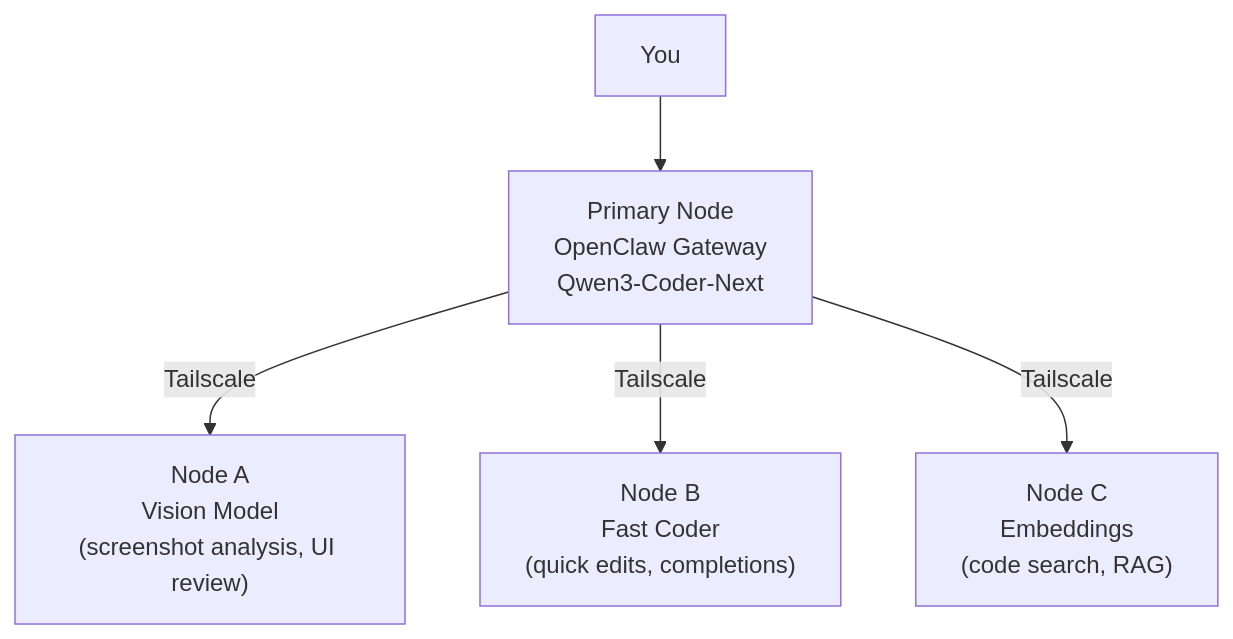
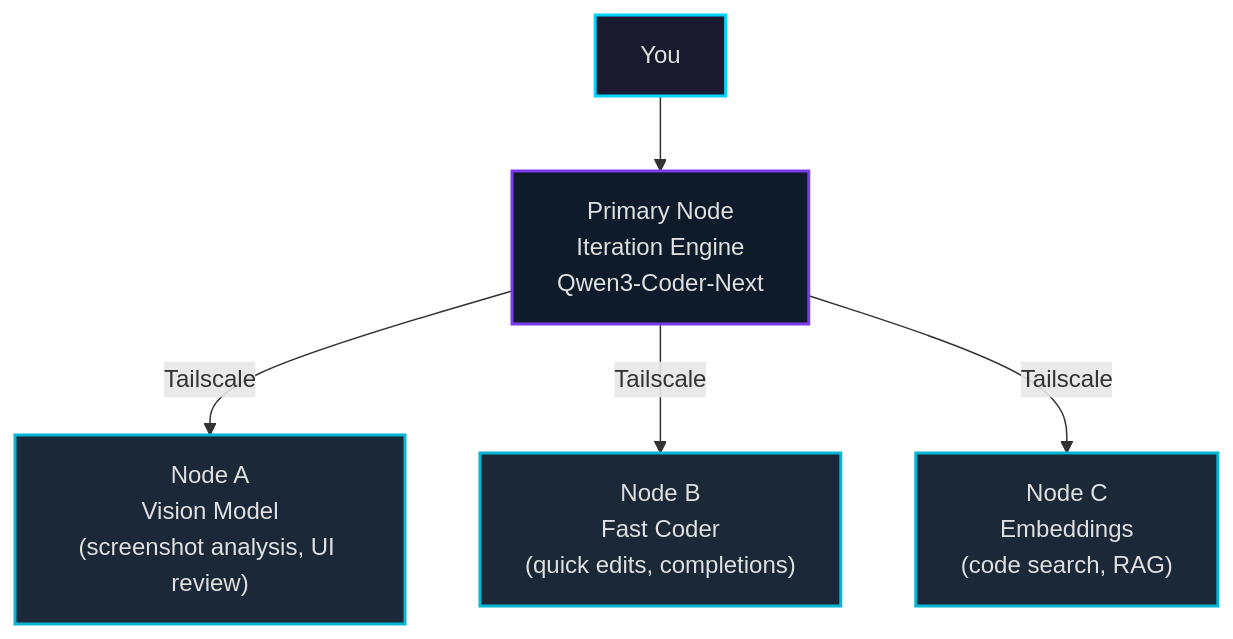
One commit to mvalancy/tritium-coder changed the first of 2 diagrams in docs/mesh.md. Above: the diagram before and after it, drawn with Mermaid. The commit also changed other lines of this file and 16 other files, not shown here.

First line of the commit message:
Remove OpenClaw dependency, go fully independent

````diff
--- a/docs/mesh.md
+++ b/docs/mesh.md
@@ -9,8 +9,14 @@
 ```mermaid
 flowchart TB
-    User["You"] --> GW["Primary Node\nOpenClaw Gateway\nQwen3-Coder-Next"]
+    User["You"] --> Primary["Primary Node<br/>Iteration Engine<br/>Qwen3-Coder-Next"]
 
-    GW -->|Tailscale| NA["Node A\nVision Model\n(screenshot analysis, UI review)"]
-    GW -->|Tailscale| NB["Node B\nFast Coder\n(quick edits, completions)"]
-    GW -->|Tailscale| NC["Node C\nEmbeddings\n(code search, RAG)"]
+    Primary -->|Tailscale| NA["Node A<br/>Vision Model<br/>(screenshot analysis, UI review)"]
+    Primary -->|Tailscale| NB["Node B<br/>Fast Coder<br/>(quick edits, completions)"]
+    Primary -->|Tailscale| NC["Node C<br/>Embeddings<br/>(code search, RAG)"]
+
+    style User fill:#1a1a2e,stroke:#00d4ff,color:#e0e0e0,stroke-width:2px
+    style Primary fill:#0d1b2a,stroke:#7c3aed,color:#e0e0e0,stroke-width:2px
+    style NA fill:#1b2838,stroke:#06b6d4,color:#e0e0e0,stroke-width:2px
+    style NB fill:#1b2838,stroke:#06b6d4,color:#e0e0e0,stroke-width:2px
+    style NC fill:#1b2838,stroke:#06b6d4,color:#e0e0e0,stroke-width:2px
 ```
````
